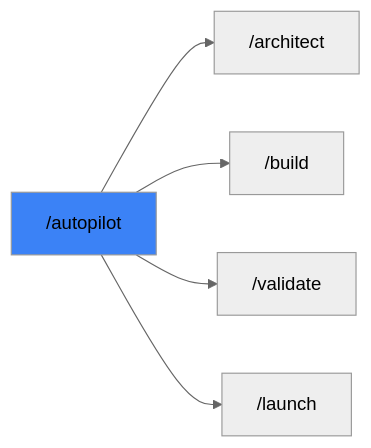
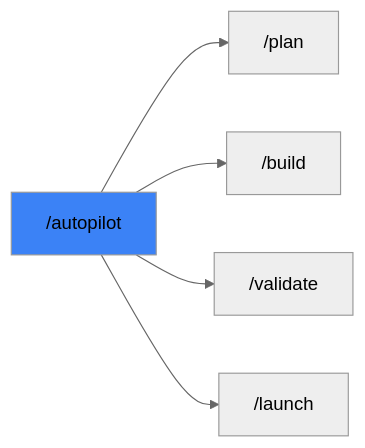
Before and after one commit to pikakit/agent-skills: the second of 3 diagrams in .agent/workflows/autopilot.md, drawn with Mermaid (neutral theme). The commit also changed other lines of this file and 5 other files, not shown here.

Commit message:
refactor: replace remaining /architect refs with /plan in workflow files

````diff
--- a/.agent/workflows/autopilot.md
+++ b/.agent/workflows/autopilot.md
@@ -879,8 +879,8 @@
 ```mermaid
 graph LR
-    A["/autopilot"] --> B["/architect"]
+    A["/autopilot"] --> B["/plan"]
     A --> C["/build"]
     A --> D["/validate"]
     A --> E["/launch"]
     style A fill:#3b82f6
 ```
````
